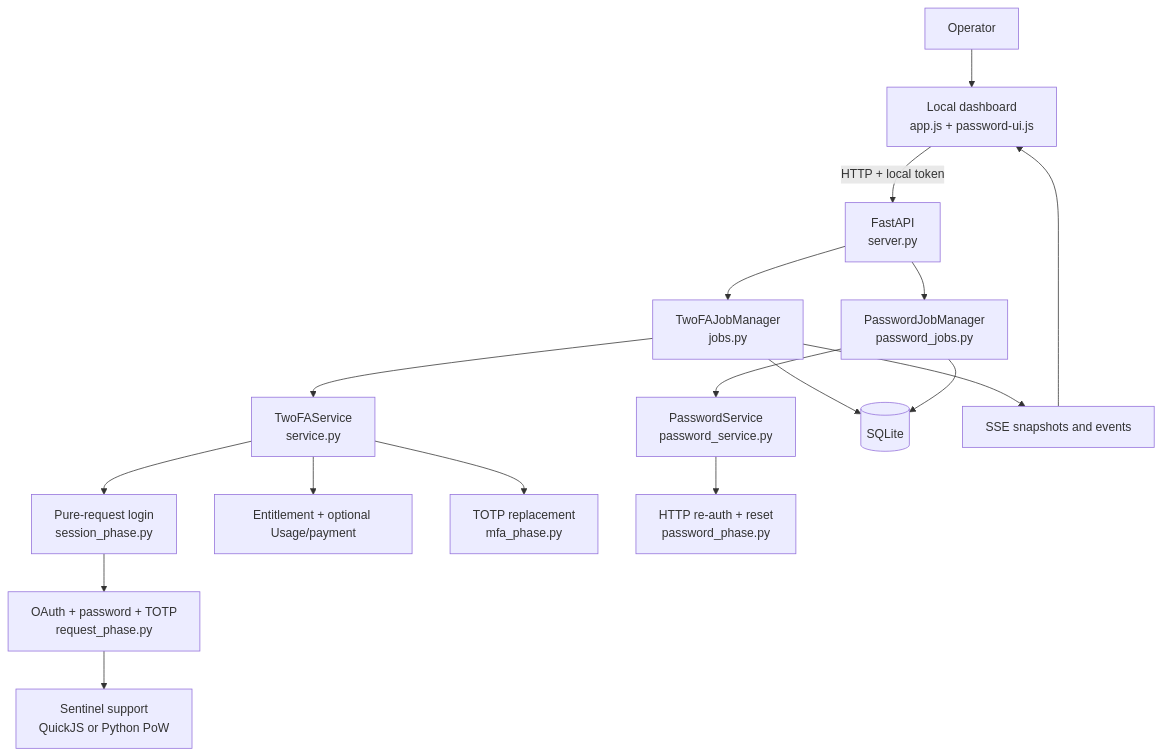
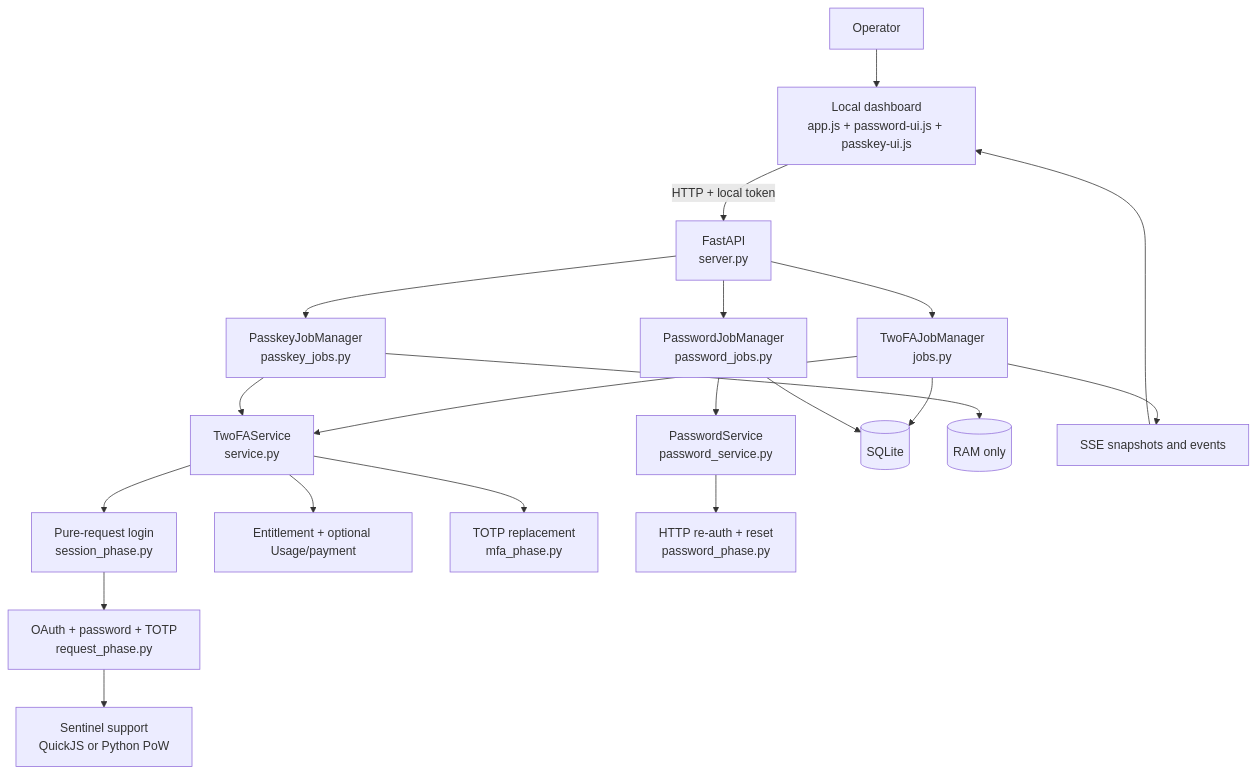
One commit to quyetlv12/chatgpt-tool changed the first of 5 diagrams in modules/twofa/docs/TOOL-FLOW.md. Above: the diagram before and after it, drawn with Mermaid. The commit also changed other lines of this file and 7 other files, not shown here.

```diff
--- a/modules/twofa/docs/TOOL-FLOW.md
+++ b/modules/twofa/docs/TOOL-FLOW.md
@@ -53,19 +58,22 @@
 ~~~mermaid
 flowchart TD
-  operator["Operator"] --> localUI["Local dashboard<br/>app.js + password-ui.js"]
+  operator["Operator"] --> localUI["Local dashboard<br/>app.js + password-ui.js + passkey-ui.js"]
   localUI -->|"HTTP + local token"| api["FastAPI<br/>server.py"]
   api --> manager["TwoFAJobManager<br/>jobs.py"]
   api --> passwordManager["PasswordJobManager<br/>password_jobs.py"]
+  api --> passkeyManager["PasskeyJobManager<br/>passkey_jobs.py"]
   manager --> service["TwoFAService<br/>service.py"]
   passwordManager --> passwordService["PasswordService<br/>password_service.py"]
+  passkeyManager --> service
   service --> login["Pure-request login<br/>session_phase.py"]
   login --> oauth["OAuth + password + TOTP<br/>request_phase.py"]
   oauth --> sentinel["Sentinel support<br/>QuickJS or Python PoW"]
   service --> inspect["Entitlement + optional Usage/payment"]
   service --> mfa["TOTP replacement<br/>mfa_phase.py"]
   passwordService --> passwordHttp["HTTP re-auth + reset<br/>password_phase.py"]
   manager --> db[("SQLite")]
   passwordManager --> db
+  passkeyManager --> ram[("RAM only")]
   manager --> sse["SSE snapshots and events"]
   sse --> localUI
 ~~~
```
